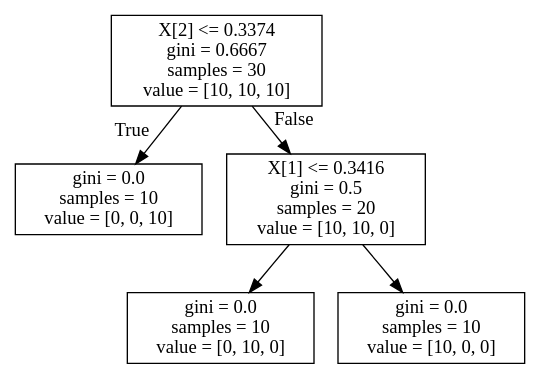
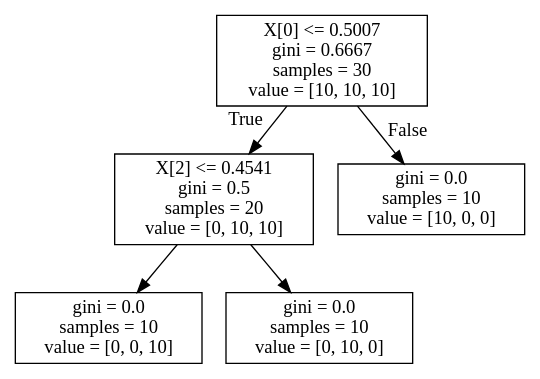
The diagram in tree5.dot (mika018/Character-Recognition-Classifier), drawn with Graphviz before and after one commit.

Commit message:
Add again

```diff
--- a/tree5.dot
+++ b/tree5.dot
@@ -1,12 +1,12 @@
 digraph Tree {
 node [shape=box] ;
-0 [label="X[2] <= 0.3374\ngini = 0.6667\nsamples = 30\nvalue = [10, 10, 10]"] ;
-1 [label="gini = 0.0\nsamples = 10\nvalue = [0, 0, 10]"] ;
+0 [label="X[0] <= 0.5007\ngini = 0.6667\nsamples = 30\nvalue = [10, 10, 10]"] ;
+1 [label="X[2] <= 0.4541\ngini = 0.5\nsamples = 20\nvalue = [0, 10, 10]"] ;
 0 -> 1 [labeldistance=2.5, labelangle=45, headlabel="True"] ;
-2 [label="X[1] <= 0.3416\ngini = 0.5\nsamples = 20\nvalue = [10, 10, 0]"] ;
-0 -> 2 [labeldistance=2.5, labelangle=-45, headlabel="False"] ;
+2 [label="gini = 0.0\nsamples = 10\nvalue = [0, 0, 10]"] ;
+1 -> 2 ;
 3 [label="gini = 0.0\nsamples = 10\nvalue = [0, 10, 0]"] ;
-2 -> 3 ;
+1 -> 3 ;
 4 [label="gini = 0.0\nsamples = 10\nvalue = [10, 0, 0]"] ;
-2 -> 4 ;
+0 -> 4 [labeldistance=2.5, labelangle=-45, headlabel="False"] ;
 }
```
